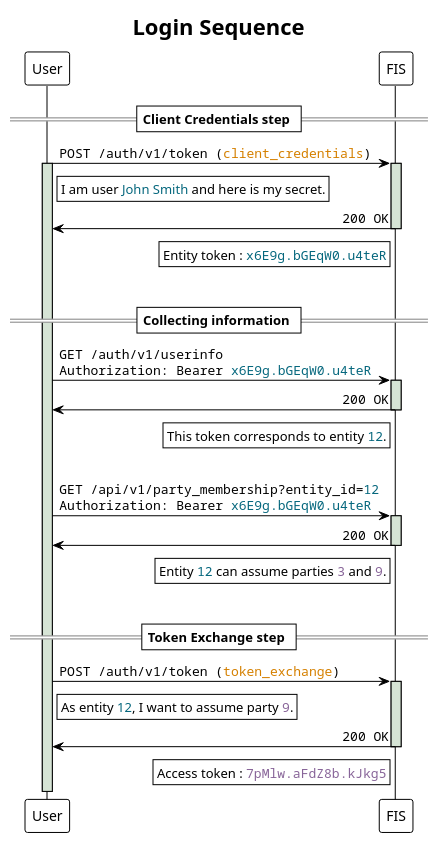
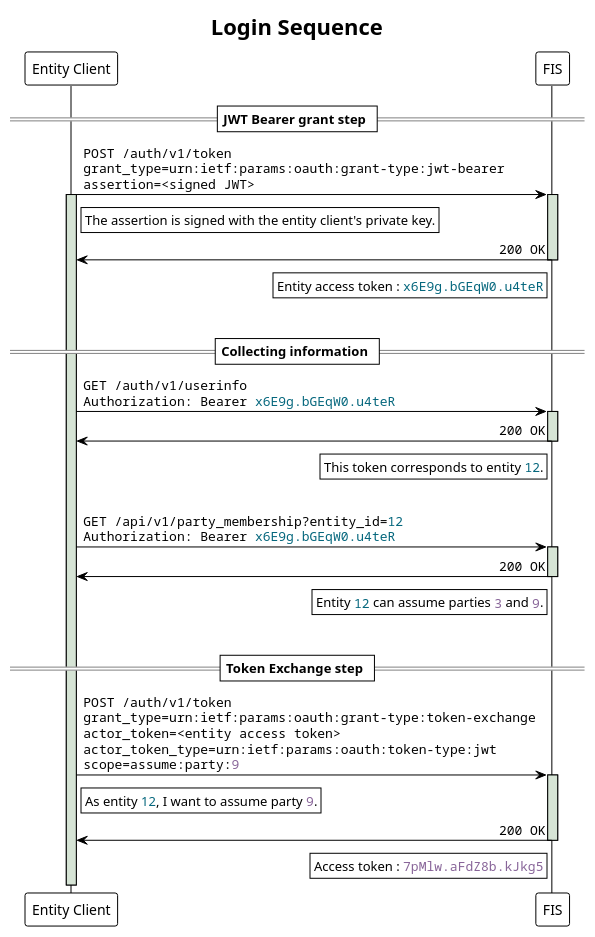
Before and after one commit to elhub/flex-information-system: the diagram in docs/diagrams/login_sequence.plantuml, drawn with PlantUML. The commit also changed 23 other files, not shown here.

Commit message:
fix: remove client credentials from logic and docs (FLEX-1545)

```diff
--- a/docs/diagrams/login_sequence.plantuml
+++ b/docs/diagrams/login_sequence.plantuml
@@ -1,72 +1,79 @@
 @startuml login_sequence
 !theme plain
 
 title Login Sequence
 
 skinparam LifelineStrategy solid
 skinparam SequenceMessageAlign direction
 
-participant User as user
+participant "Entity Client" as client
 participant "FIS" as fis
 
-== Client Credentials step ==
+== JWT Bearer grant step ==
 
-user -> fis: ""POST /auth/v1/token (<color #d58000>client_credentials</color>)""
+client -> fis: ""POST /auth/v1/token""\n\
+""grant_type=urn:ietf:params:oauth:grant-type:jwt-bearer""\n\
+""assertion=<signed JWT>""
 activate fis #d6e4d5
-activate user #d6e4d5
-rnote right of user
-I am user <color #05677d>John Smith</color> and here is my secret.
+activate client #d6e4d5
+rnote right of client
+The assertion is signed with the entity client's private key.
 end note
 
-fis -> user: ""200 OK""
+fis -> client: ""200 OK""
 deactivate fis
 rnote left of fis
-  Entity token : ""<color #05677d>x6E9g.bGEqW0.u4teR</color>""
+  Entity access token : ""<color #05677d>x6E9g.bGEqW0.u4teR</color>""
 end note
 
 |||
 
 == Collecting information ==
 
-user -> fis:\
+client -> fis:\
 ""GET /auth/v1/userinfo""\n\
 ""Authorization: Bearer <color #05677d>x6E9g.bGEqW0.u4teR</color>""
 activate fis #d6e4d5
 
-fis -> user: ""200 OK""
+fis -> client: ""200 OK""
 deactivate fis
 rnote left of fis
   This token corresponds to entity ""<color #05677d>12</color>"".
 end note
 
 |||
 
-user -> fis:\
+client -> fis:\
 ""GET /api/v1/party_membership?entity_id=<color #05677d>12</color>""\n\
 ""Authorization: Bearer <color #05677d>x6E9g.bGEqW0.u4teR</color>""
 activate fis #d6e4d5
 
-fis -> user: ""200 OK""
+fis -> client: ""200 OK""
 deactivate fis
 rnote left of fis
   Entity ""<color #05677d>12</color>"" can assume parties ""<color #886599>3</color>"" and ""<color #886599>9</color>"".
 end note
 
 |||
 
 == Token Exchange step ==
 
-user -> fis: ""POST /auth/v1/token (<color #d58000>token_exchange</color>)""
+client -> fis:\
+""POST /auth/v1/token""\n\
+""grant_type=urn:ietf:params:oauth:grant-type:token-exchange""\n\
+""actor_token=<entity access token>""\n\
+""actor_token_type=urn:ietf:params:oauth:token-type:jwt""\n\
+""scope=assume:party:<color #886599>9</color>""
 activate fis #d6e4d5
-rnote right of user
+rnote right of client
 As entity <color #05677d>12</color>, \
 I want to assume party ""<color #886599>9</color>"".
 end note
 
-fis -> user: ""200 OK""
+fis -> client: ""200 OK""
 deactivate fis
 rnote left of fis
   Access token : ""<color #886599>7pMlw.aFdZ8b.kJkg5</color>""
 end note
 
 @enduml
```
